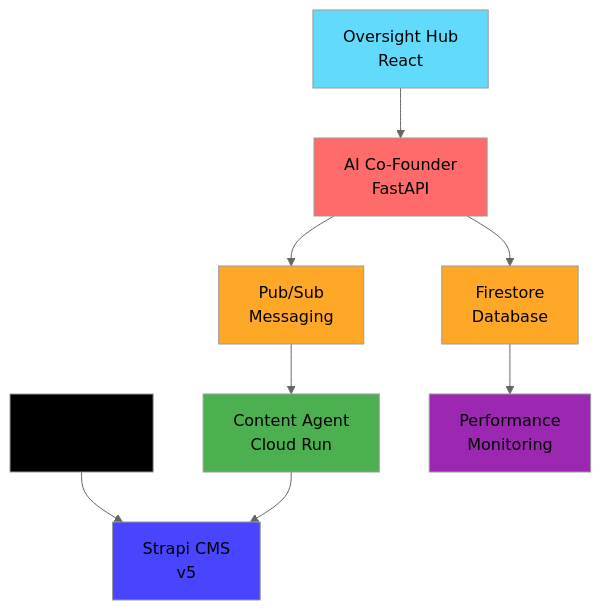
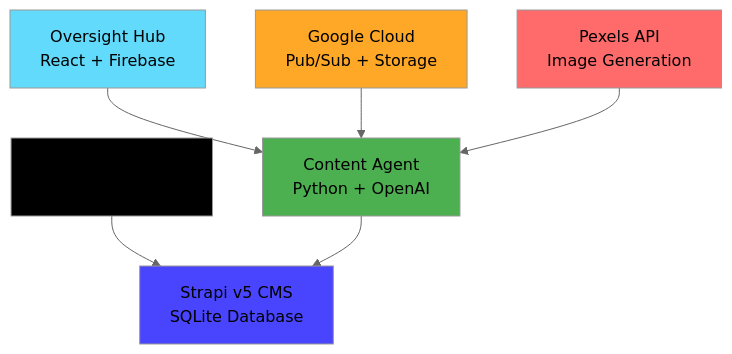
Before and after one commit to Glad-Labs/glad-labs-codebase: the first of 2 diagrams in SYSTEM_DOCUMENTATION.md, drawn with Mermaid (neutral theme). The commit also changed other lines of this file and 10 other files, not shown here.

First line of the commit message:
feat: Upgrade GLAD Labs Monorepo to v2.0 with enhanced AI content agent and public site

````diff
--- a/SYSTEM_DOCUMENTATION.md
+++ b/SYSTEM_DOCUMENTATION.md
@@ -28,19 +28,15 @@
 ```mermaid
 graph TB
-    A[Oversight Hub<br/>React] --> B[AI Co-Founder<br/>FastAPI]
-    C[Public Site<br/>Next.js] --> D[Strapi CMS<br/>v5]
-    B --> E[Firestore<br/>Database]
-    B --> F[Pub/Sub<br/>Messaging]
-    F --> G[Content Agent<br/>Cloud Run]
-    G --> D
-    E --> H[Performance<br/>Monitoring]
+    A[Next.js Frontend<br/>SSG + API Routes] --> B[Strapi v5 CMS<br/>SQLite Database]
+    C[Content Agent<br/>Python + OpenAI] --> B
+    D[Oversight Hub<br/>React + Firebase] --> C
+    E[Google Cloud<br/>Pub/Sub + Storage] --> C
+    F[Pexels API<br/>Image Generation] --> C
 
-    style A fill:#61dafb
-    style B fill:#ff6b6b
-    style C fill:#000000
-    style D fill:#4945ff
+    style A fill:#000000
+    style B fill:#4945ff
+    style C fill:#4caf50
+    style D fill:#61dafb
     style E fill:#ffa726
-    style F fill:#ffa726
-    style G fill:#4caf50
-    style H fill:#9c27b0
+    style F fill:#ff6b6b
 ```
````
